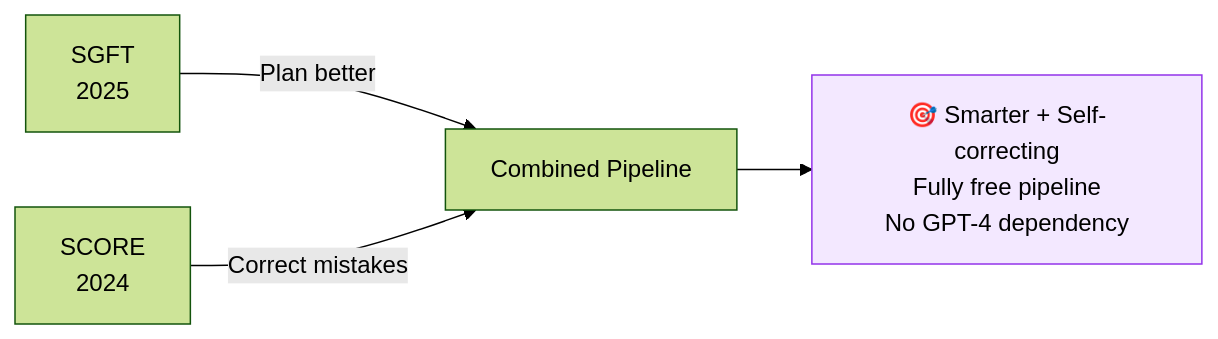
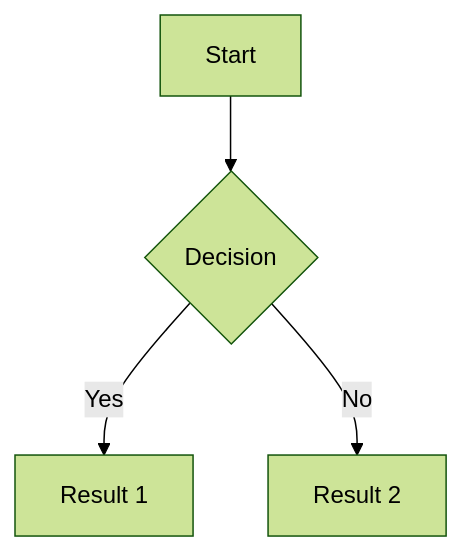
Before and after one commit to sadi2003q/Small-Language-Model: the first of 3 diagrams in week02_Adnan/Guide.md, drawn with Mermaid (forest theme). The commit also changed other lines of this file, not shown here.

Commit message:
Updated Guide.md to remove Mermaid style fill/stroke lines that add background colors.

````diff
--- a/week02_Adnan/Guide.md
+++ b/week02_Adnan/Guide.md
@@ -103,8 +5,6 @@
 ```mermaid
-flowchart LR
-    A[SGFT\n2025] -->|Plan better| B[Combined Pipeline]
-    C[SCORE\n2024] -->|Correct mistakes| B
-    B --> D[🎯 Smarter + Self-correcting\nFully free pipeline\nNo GPT-4 dependency]
-
-    style D fill:#f3e8ff,stroke:#9333ea
+flowchart TD
+    A[Start] --> B{Decision}
+    B -->|Yes| C[Result 1]
+    B -->|No| D[Result 2]
 ```
````
